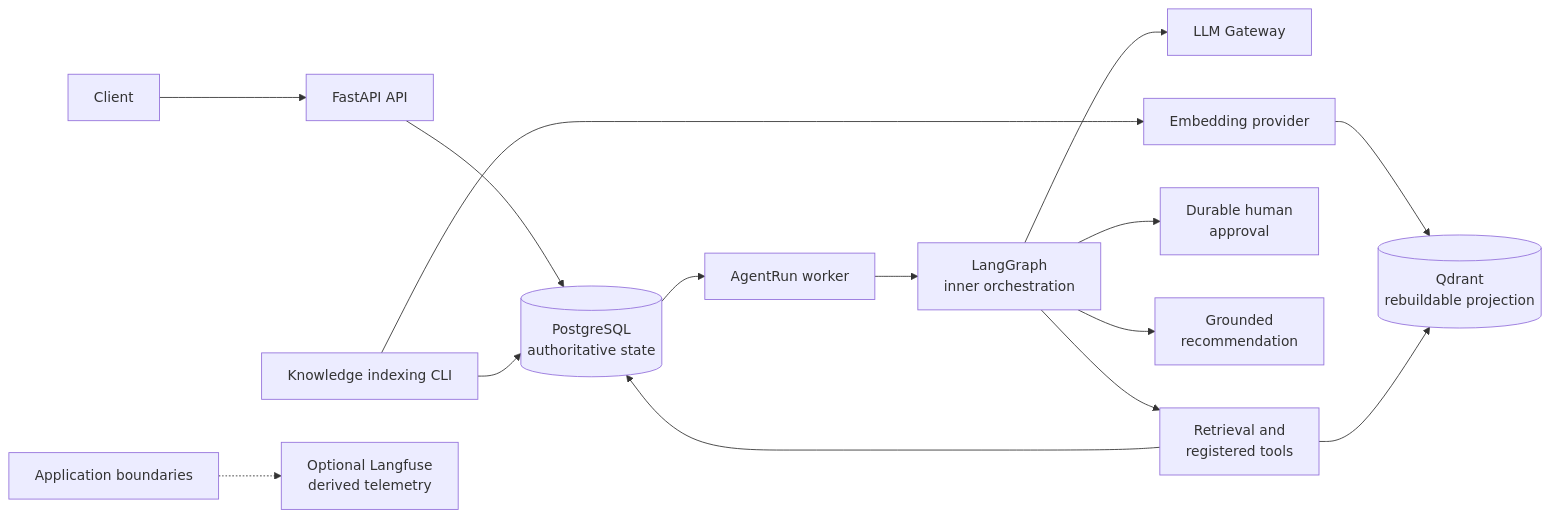
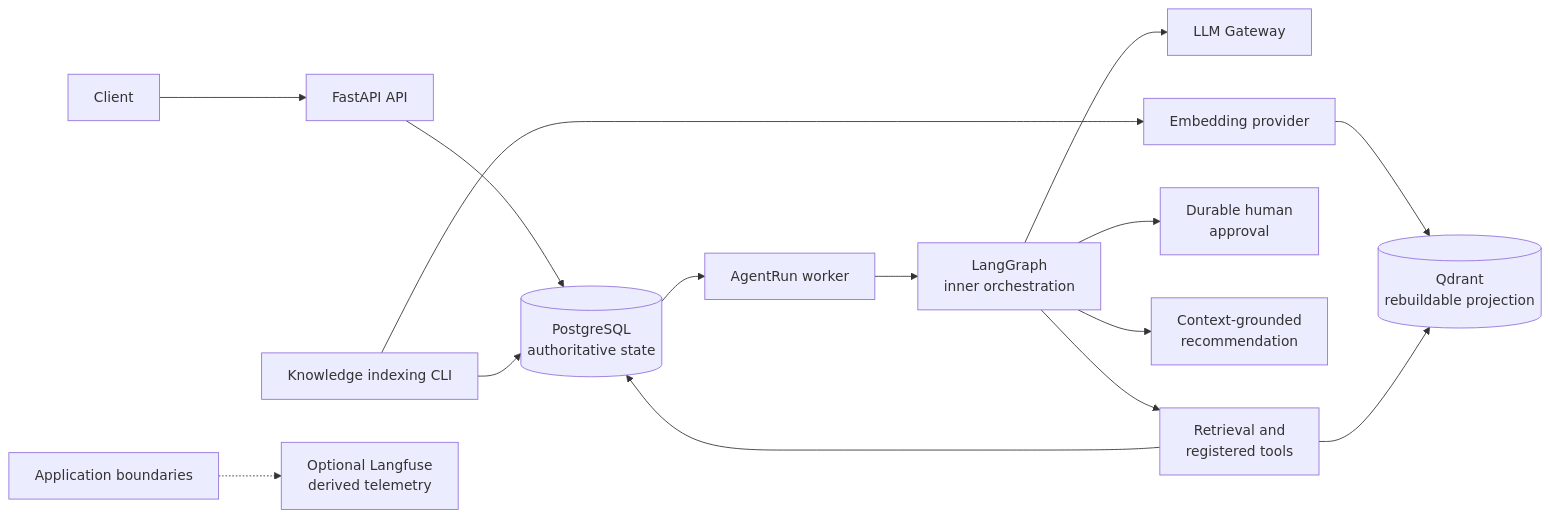
One commit to philgodoy96/supportops-ai-platform changed the diagram in README.md. Above: the diagram before and after it, drawn with Mermaid. The commit also changed other lines of this file and 8 other files, not shown here.

````diff
--- a/README.md
+++ b/README.md
@@ -9,17 +9,17 @@
 ```mermaid
 flowchart LR
   Client --> API[FastAPI API]
   API --> PG[(PostgreSQL<br/>authoritative state)]
   PG --> Worker[AgentRun worker]
   Worker --> LG[LangGraph<br/>inner orchestration]
   LG --> GW[LLM Gateway]
   LG --> Tools[Retrieval and<br/>registered tools]
   LG --> Approval[Durable human<br/>approval]
-  LG --> Rec[Grounded<br/>recommendation]
+  LG --> Rec[Context-grounded<br/>recommendation]
   IndexCLI[Knowledge indexing CLI] --> PG
   IndexCLI --> Embed[Embedding provider]
   Embed --> Qdrant[(Qdrant<br/>rebuildable projection)]
   Tools --> Qdrant
   Tools --> PG
   App[Application boundaries] -.-> Langfuse[Optional Langfuse<br/>derived telemetry]
 ```
````
